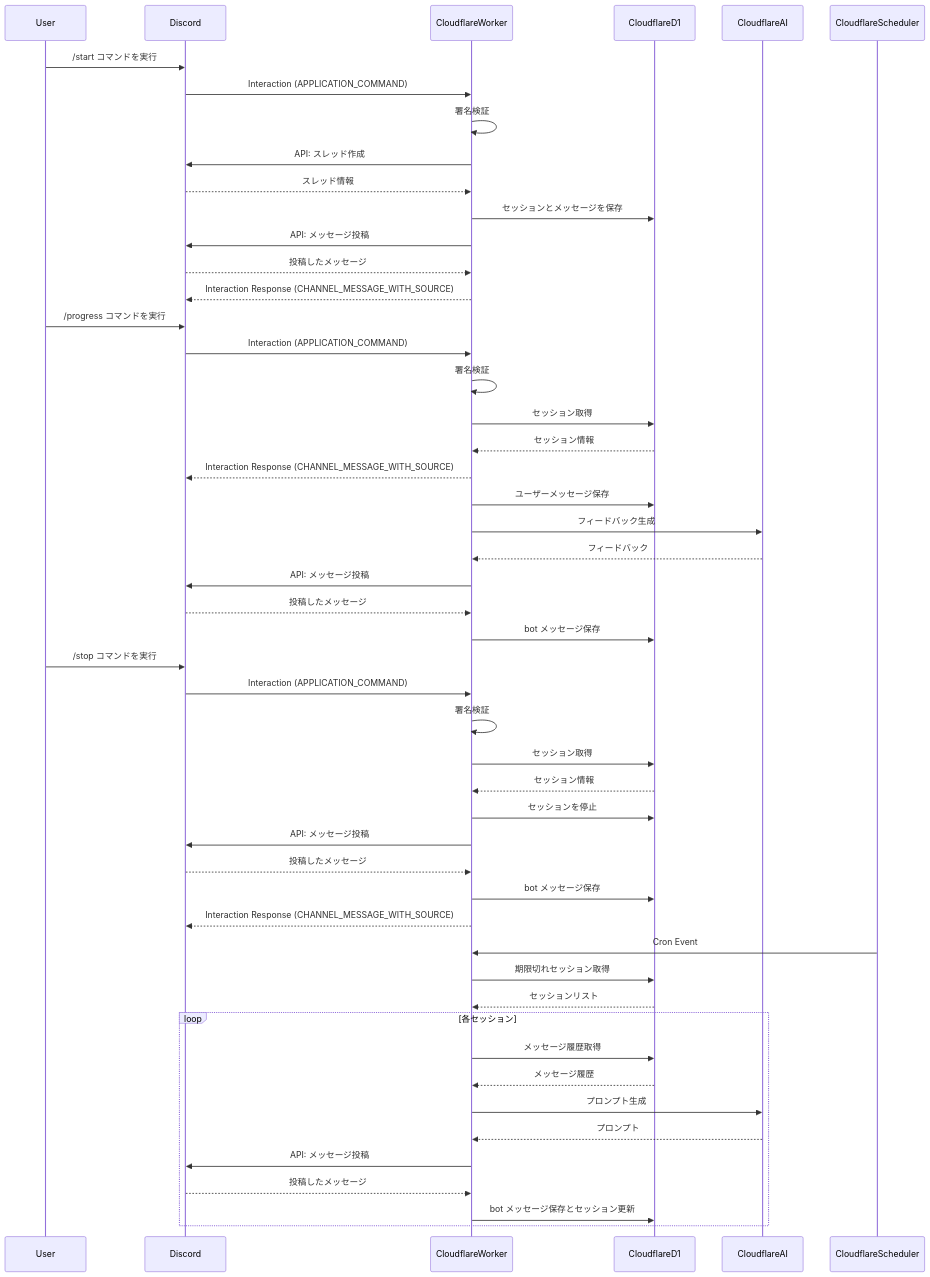
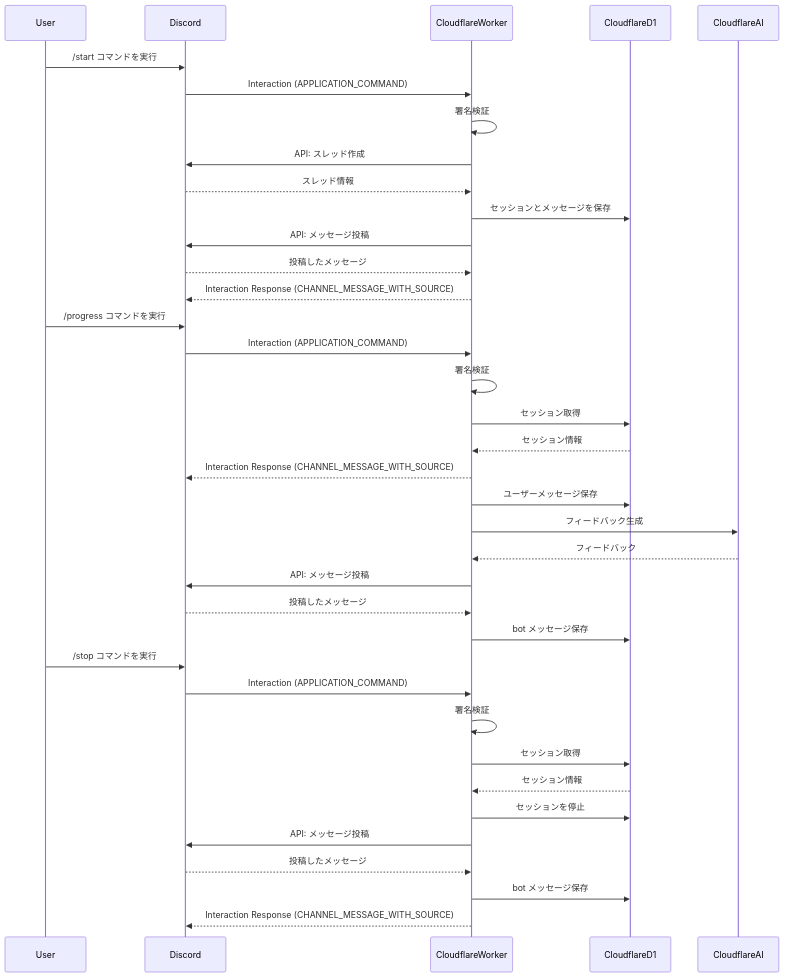
Before and after one commit to aliyome/rubber-duck-sup: the first of 2 diagrams in docs/sequences.md, drawn with Mermaid.

Commit message:
修正が完了しました。
`docs/sequences.md` ファイル内のシーケンス図を「Discord bot ユーザーインタラクション」と「スケジュールされたプロンプトジョブ」の2つに分割しました。これにより、それぞれの処理の流れが明確になり、可読性が向上したかと思います。

ご確認いただき、他に何か問題やご要望がございましたらお気軽にお知らせください。

````diff
--- a/docs/sequences.md
+++ b/docs/sequences.md
@@ -5,56 +5,42 @@
 ```mermaid
 sequenceDiagram
   participant User
   participant Discord
   participant CloudflareWorker
   participant D1 as CloudflareD1
   participant AI as CloudflareAI
-  participant Scheduler as CloudflareScheduler
 
   User->>Discord: /start コマンドを実行
   Discord->>CloudflareWorker: Interaction (APPLICATION_COMMAND)
   CloudflareWorker->>CloudflareWorker: 署名検証
   CloudflareWorker->>Discord: API: スレッド作成
   Discord-->>CloudflareWorker: スレッド情報
   CloudflareWorker->>D1: セッションとメッセージを保存
   CloudflareWorker->>Discord: API: メッセージ投稿
   Discord-->>CloudflareWorker: 投稿したメッセージ
   CloudflareWorker-->>Discord: Interaction Response (CHANNEL_MESSAGE_WITH_SOURCE)
 
   User->>Discord: /progress コマンドを実行
   Discord->>CloudflareWorker: Interaction (APPLICATION_COMMAND)
   CloudflareWorker->>CloudflareWorker: 署名検証
   CloudflareWorker->>D1: セッション取得
   D1-->>CloudflareWorker: セッション情報
   CloudflareWorker-->>Discord: Interaction Response (CHANNEL_MESSAGE_WITH_SOURCE)
   CloudflareWorker->>D1: ユーザーメッセージ保存
   CloudflareWorker->>AI: フィードバック生成
   AI-->>CloudflareWorker: フィードバック
   CloudflareWorker->>Discord: API: メッセージ投稿
   Discord-->>CloudflareWorker: 投稿したメッセージ
   CloudflareWorker->>D1: bot メッセージ保存
 
   User->>Discord: /stop コマンドを実行
   Discord->>CloudflareWorker: Interaction (APPLICATION_COMMAND)
   CloudflareWorker->>CloudflareWorker: 署名検証
   CloudflareWorker->>D1: セッション取得
   D1-->>CloudflareWorker: セッション情報
   CloudflareWorker->>D1: セッションを停止
   CloudflareWorker->>Discord: API: メッセージ投稿
   Discord-->>CloudflareWorker: 投稿したメッセージ
   CloudflareWorker->>D1: bot メッセージ保存
   CloudflareWorker-->>Discord: Interaction Response (CHANNEL_MESSAGE_WITH_SOURCE)
-
-  Scheduler->>CloudflareWorker: Cron Event
-  CloudflareWorker->>D1: 期限切れセッション取得
-  D1-->>CloudflareWorker: セッションリスト
-  loop 各セッション
-    CloudflareWorker->>D1: メッセージ履歴取得
-    D1-->>CloudflareWorker: メッセージ履歴
-    CloudflareWorker->>AI: プロンプト生成
-    AI-->>CloudflareWorker: プロンプト
-    CloudflareWorker->>Discord: API: メッセージ投稿
-    Discord-->>CloudflareWorker: 投稿したメッセージ
-    CloudflareWorker->>D1: bot メッセージ保存とセッション更新
-  end
 ```
````
